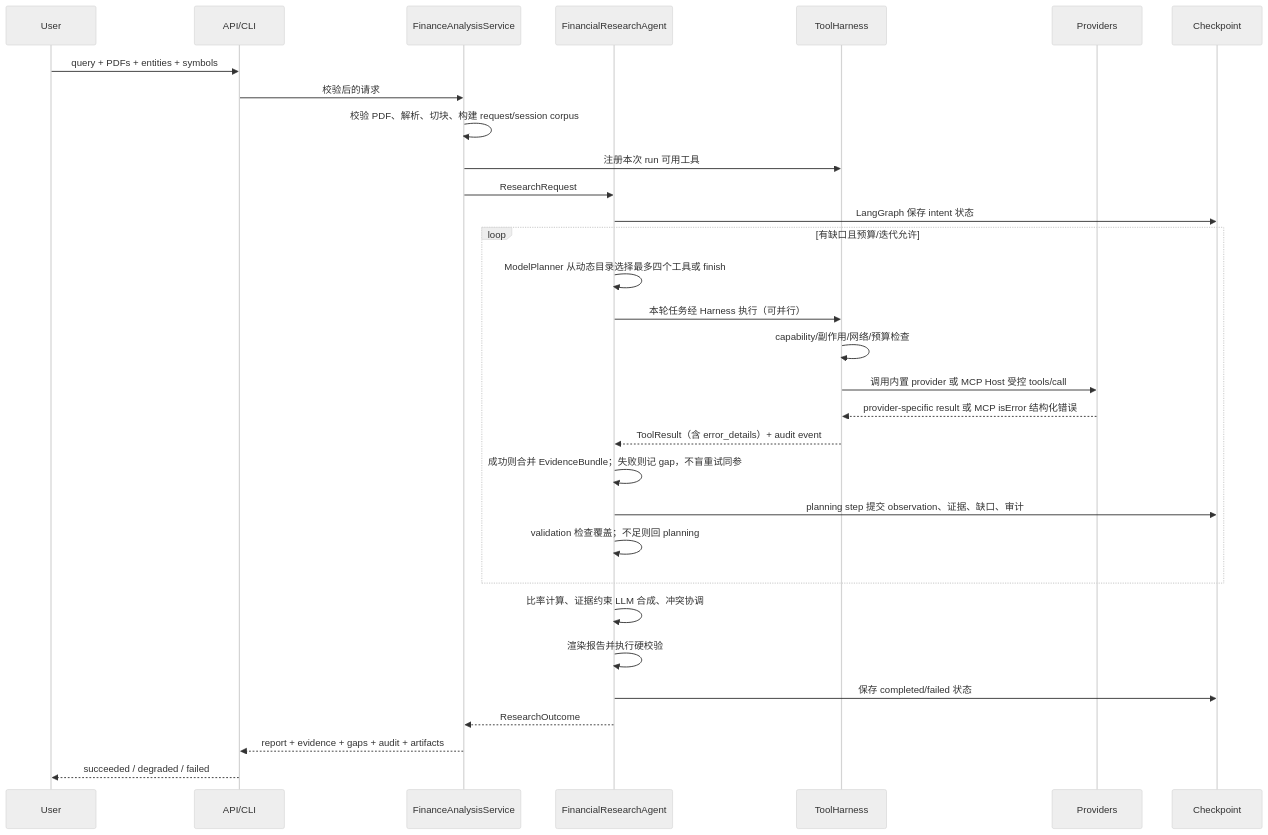
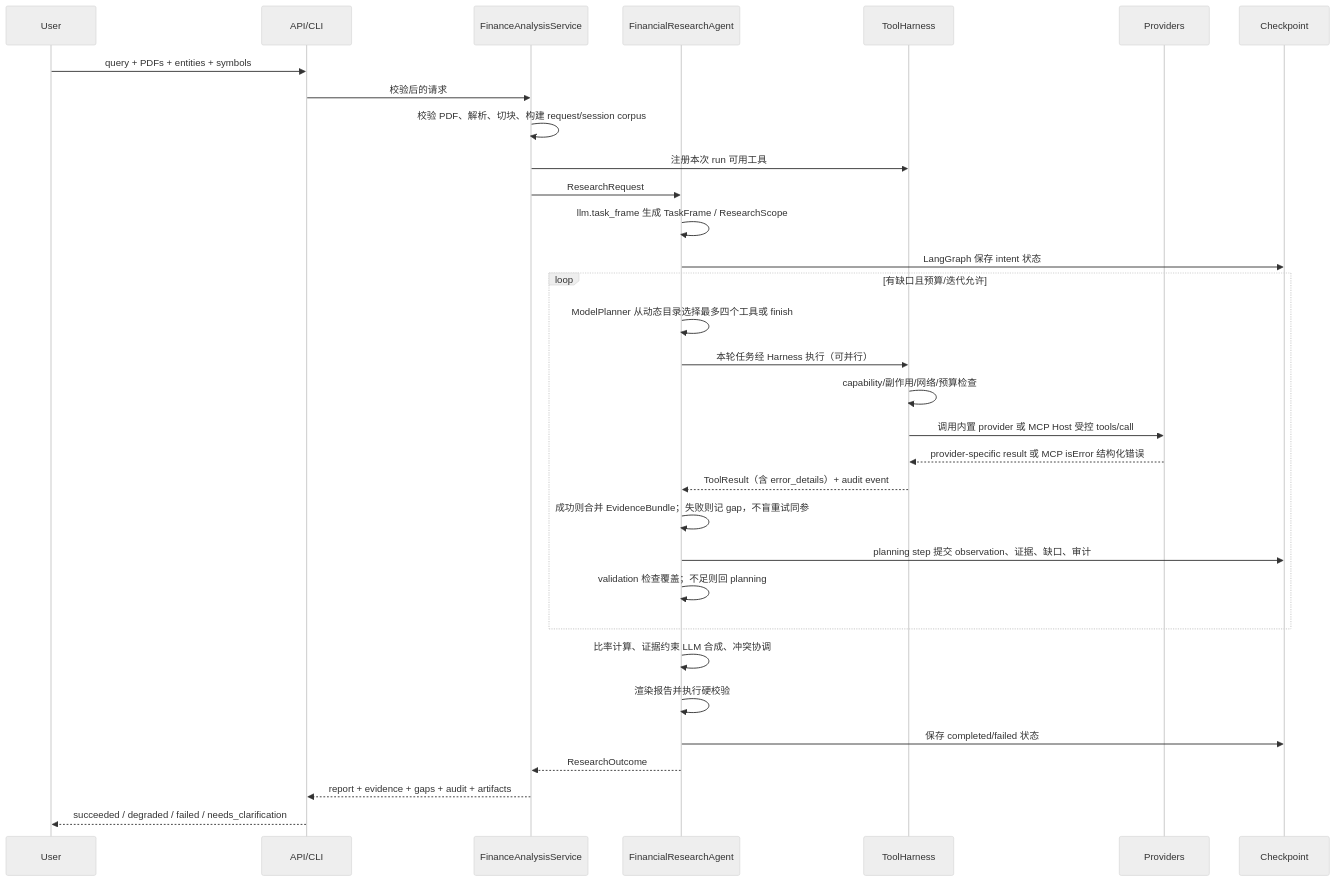
Before and after one commit to Asiiii-759/Finance_Agent: the second of 2 diagrams in docs/AGENT_DETAILED_GUIDE.md, drawn with Mermaid (neutral theme). The commit also changed other lines of this file and 55 other files, not shown here.

````diff
--- a/docs/AGENT_DETAILED_GUIDE.md
+++ b/docs/AGENT_DETAILED_GUIDE.md
@@ -179,34 +152,35 @@
 ```mermaid
 sequenceDiagram
     participant U as User
     participant API as API/CLI
     participant S as FinanceAnalysisService
     participant A as FinancialResearchAgent
     participant H as ToolHarness
     participant P as Providers
     participant CP as Checkpoint
 
     U->>API: query + PDFs + entities + symbols
     API->>S: 校验后的请求
     S->>S: 校验 PDF、解析、切块、构建 request/session corpus
     S->>H: 注册本次 run 可用工具
     S->>A: ResearchRequest
+    A->>A: llm.task_frame 生成 TaskFrame / ResearchScope
     A->>CP: LangGraph 保存 intent 状态
     loop 有缺口且预算/迭代允许
         A->>A: ModelPlanner 从动态目录选择最多四个工具或 finish
         A->>H: 本轮任务经 Harness 执行（可并行）
         H->>H: capability/副作用/网络/预算检查
         H->>P: 调用内置 provider 或 MCP Host 受控 tools/call
         P-->>H: provider-specific result 或 MCP isError 结构化错误
         H-->>A: ToolResult（含 error_details）+ audit event
         A->>A: 成功则合并 EvidenceBundle；失败则记 gap，不盲重试同参
         A->>CP: planning step 提交 observation、证据、缺口、审计
         A->>A: validation 检查覆盖；不足则回 planning
     end
     A->>A: 比率计算、证据约束 LLM 合成、冲突协调
     A->>A: 渲染报告并执行硬校验
     A->>CP: 保存 completed/failed 状态
     A-->>S: ResearchOutcome
     S-->>API: report + evidence + gaps + audit + artifacts
-    API-->>U: succeeded / degraded / failed
+    API-->>U: succeeded / degraded / failed / needs_clarification
 ```
````
